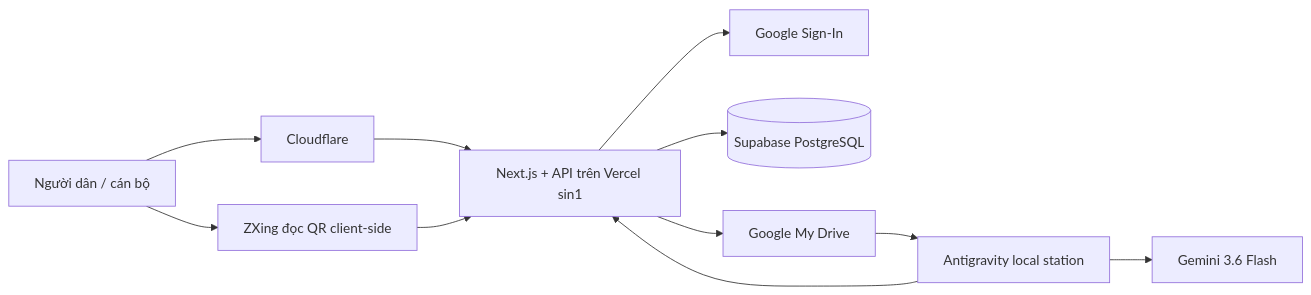
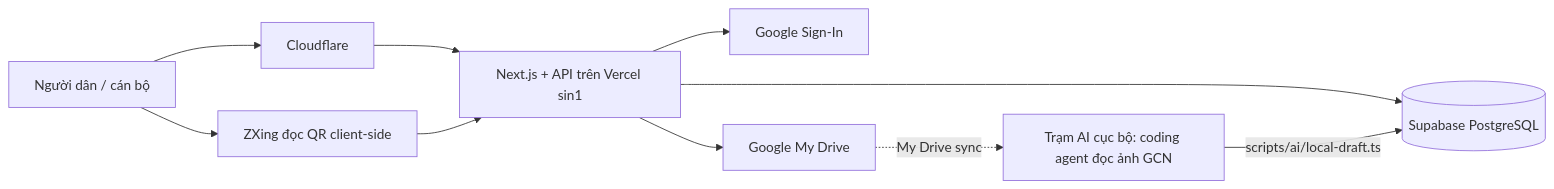
One commit to vi-phuong-158/capphongchau changed the diagram in docs/architecture.md. Above: the diagram before and after it, drawn with Mermaid. The commit also changed other lines of this file and 13 other files, not shown here.

First line of the commit message:
feat(ai): trạm AI cục bộ đọc GCN và ghi nháp thẳng Supabase

````diff
--- a/docs/architecture.md
+++ b/docs/architecture.md
@@ -32,13 +32,12 @@
 ```mermaid
 flowchart LR
     U[Người dân / cán bộ] --> C[Cloudflare]
     C --> V[Next.js + API trên Vercel sin1]
     V --> A[Google Sign-In]
     V --> P[(Supabase PostgreSQL)]
     V --> D[Google My Drive]
     U --> Q[ZXing đọc QR client-side]
     Q --> V
-    D --> L[Antigravity local station]
-    L --> G[Gemini 3.6 Flash]
-    L --> V
+    D -.My Drive sync.-> L[Trạm AI cục bộ: coding agent đọc ảnh GCN]
+    L -->|scripts/ai/local-draft.ts| P
 ```
````
